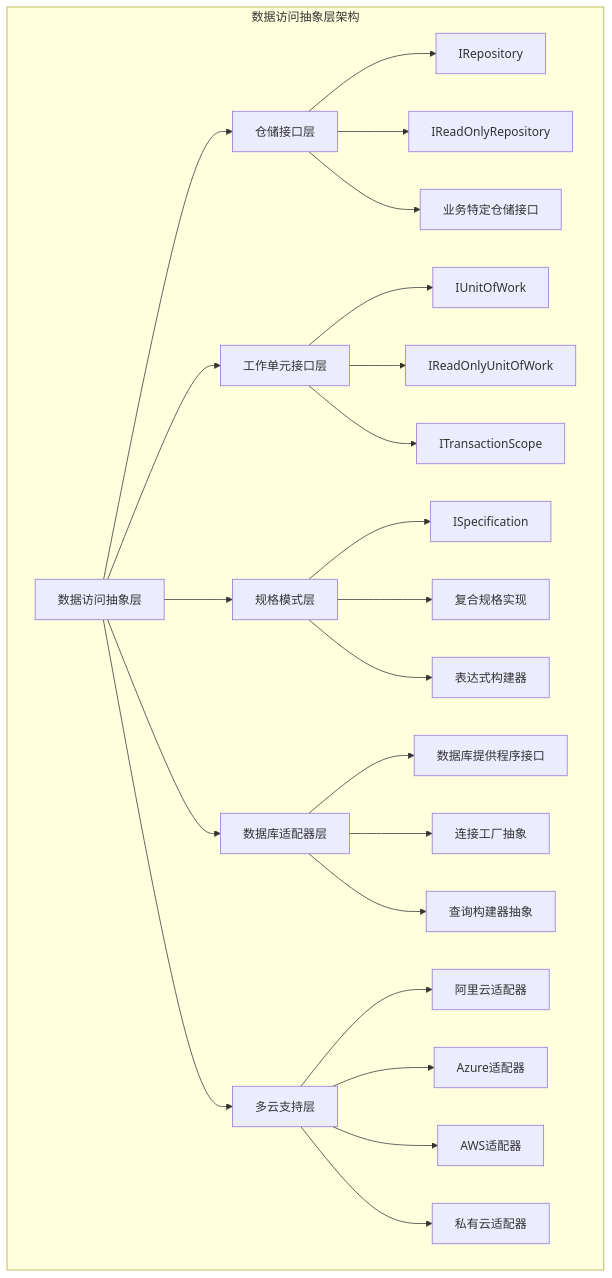
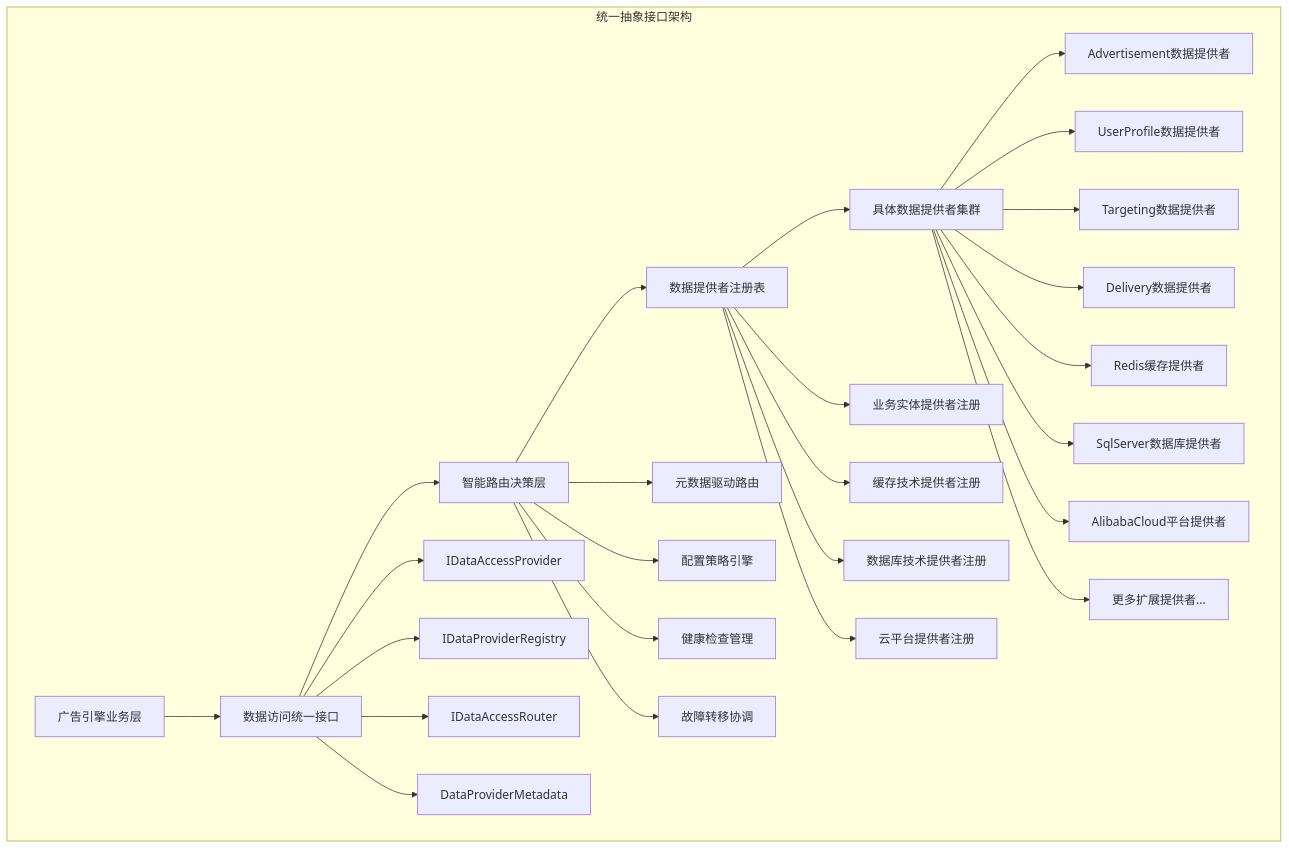
The first of 20 diagrams in docs_TecDesign/广告投放引擎/数据访问层技术设计.md (lornshrimp/Lorn.ADSP), drawn with Mermaid before and after one commit. The commit also changed other lines of this file and 35 other files, not shown here.

First line of the commit message:
Add data models and infrastructure for data preloading, provider metadata, and transaction management

````diff
--- a/docs_TecDesign/广告投放引擎/数据访问层技术设计.md
+++ b/docs_TecDesign/广告投放引擎/数据访问层技术设计.md
@@ -9,31 +29,33 @@
 ```mermaid
 graph TB
-    subgraph "数据访问抽象层架构"
-        A[数据访问抽象层] --> B[仓储接口层]
-        A --> C[工作单元接口层] 
-        A --> D[规格模式层]
-        A --> E[数据库适配器层]
-        A --> F[多云支持层]
+    subgraph "统一抽象接口架构"
+        A[广告引擎业务层] --> B[数据访问统一接口]
+        B --> C[智能路由决策层]
+        C --> D[数据提供者注册表]
+        D --> E[具体数据提供者集群]
         
-        B --> B1[IRepository<T>]
-        B --> B2[IReadOnlyRepository<T>]
-        B --> B3[业务特定仓储接口]
+        B --> B1[IDataAccessProvider]
+        B --> B2[IDataProviderRegistry]
+        B --> B3[IDataAccessRouter]
+        B --> B4[DataProviderMetadata]
         
-        C --> C1[IUnitOfWork]
-        C --> C2[IReadOnlyUnitOfWork]
-        C --> C3[ITransactionScope]
+        C --> C1[元数据驱动路由]
+        C --> C2[配置策略引擎]
+        C --> C3[健康检查管理]
+        C --> C4[故障转移协调]
         
-        D --> D1[ISpecification<T>]
-        D --> D2[复合规格实现]
-        D --> D3[表达式构建器]
+        D --> D1[业务实体提供者注册]
+        D --> D2[缓存技术提供者注册]
+        D --> D3[数据库技术提供者注册]
+        D --> D4[云平台提供者注册]
         
-        E --> E1[数据库提供程序接口]
-        E --> E2[连接工厂抽象]
-        E --> E3[查询构建器抽象]
-        
-        F --> F1[阿里云适配器]
-        F --> F2[Azure适配器]
-        F --> F3[AWS适配器]
-        F --> F4[私有云适配器]
+        E --> E1[Advertisement数据提供者]
+        E --> E2[UserProfile数据提供者]
+        E --> E3[Targeting数据提供者]
+        E --> E4[Delivery数据提供者]
+        E --> E5[Redis缓存提供者]
+        E --> E6[SqlServer数据库提供者]
+        E --> E7[AlibabaCloud平台提供者]
+        E --> E8[更多扩展提供者...]
     end
 ```
````
